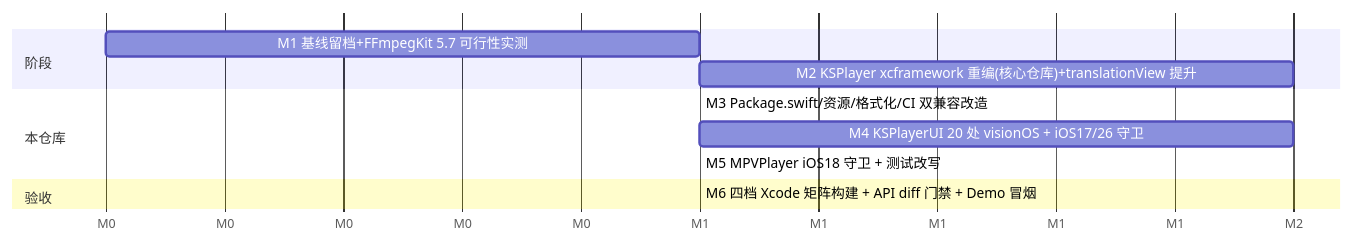
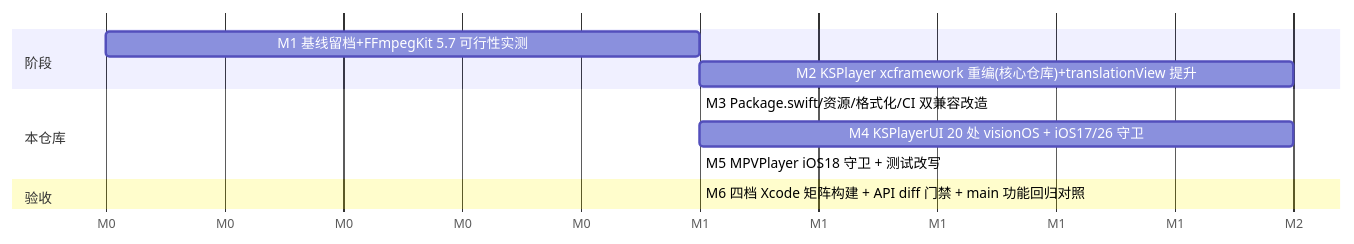
Before and after one commit to chengshengru/KSPlayer: the fourth of 4 diagrams in .trae/documents/KSPlayer迁移Swift5.7详细移植方案.md, drawn with Mermaid. The commit also changed other lines of this file, not shown here.

````diff
--- a/.trae/documents/KSPlayer迁移Swift5.7详细移植方案.md
+++ b/.trae/documents/KSPlayer迁移Swift5.7详细移植方案.md
@@ -410,14 +443,14 @@
 ```mermaid
 gantt
     dateFormat  X
     axisFormat  M%s
     section 阶段
     M1 基线留档+FFmpegKit 5.7 可行性实测 :a1, 0, 1
     M2 KSPlayer xcframework 重编(核心仓库)+translationView 提升 :a2, after a1, 2
     section 本仓库
     M3 Package.swift/资源/格式化/CI 双兼容改造 :a3, after a2, 1
     M4 KSPlayerUI 20 处 visionOS + iOS17/26 守卫 :a4, after a3, 2
     M5 MPVPlayer iOS18 守卫 + 测试改写 :a5, after a4, 1
     section 验收
-    M6 四档 Xcode 矩阵构建 + API diff 门禁 + Demo 冒烟 :a6, after a5, 1
+    M6 四档 Xcode 矩阵构建 + API diff 门禁 + main 功能回归对照 :a6, after a5, 1
 ```
````
